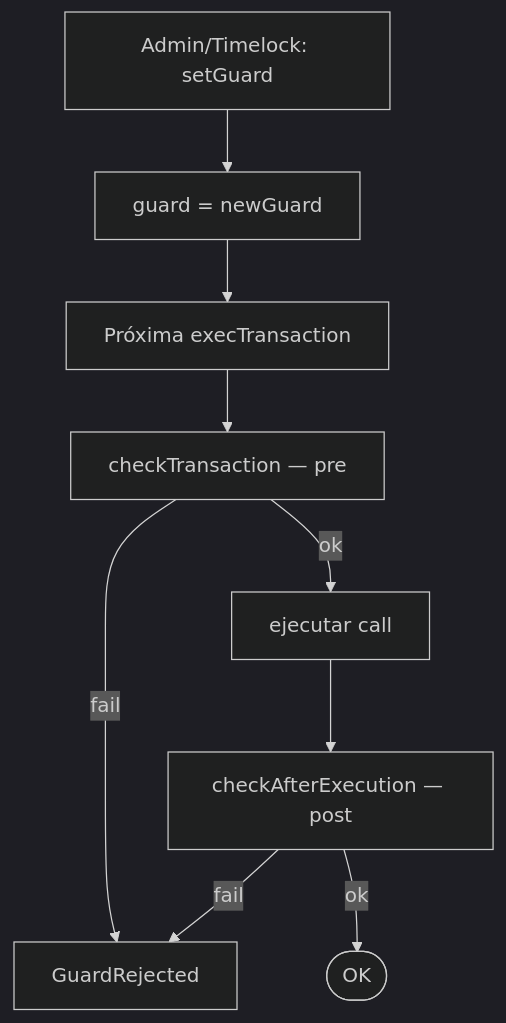
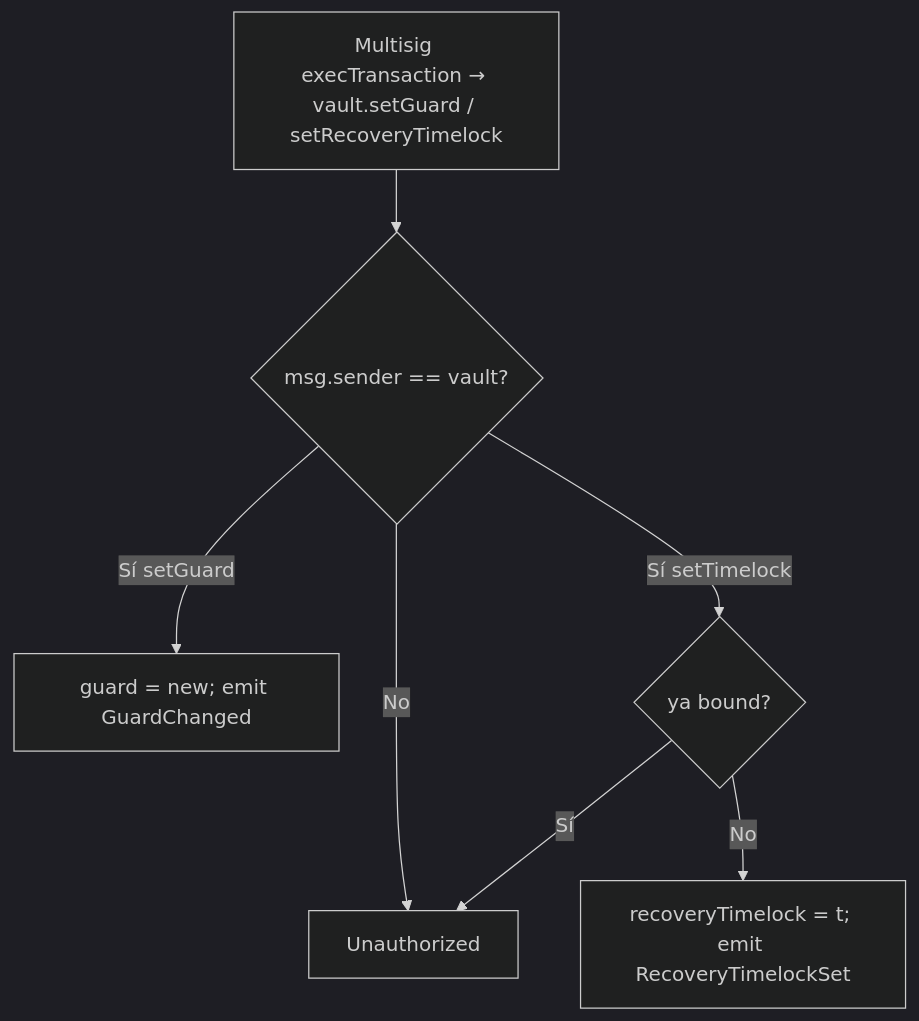
Before and after one commit to rastrahm/institutional-custody-mpc: the fifth of 6 diagrams in doc/diagrama-de-flujo.md, drawn with Mermaid (dark theme). The commit also changed other lines of this file and 12 other files, not shown here.

````diff
--- a/doc/diagrama-de-flujo.md
+++ b/doc/diagrama-de-flujo.md
@@ -110,11 +104,9 @@
 ```mermaid
 flowchart TD
-    A[Admin/Timelock: setGuard] --> B[guard = newGuard]
-    B --> C[Próxima execTransaction]
-    C --> D[checkTransaction — pre]
-    D -->|fail| Z[GuardRejected]
-    D -->|ok| E[ejecutar call]
-    E --> F[checkAfterExecution — post]
-    F -->|fail| Z
-    F -->|ok| Ok([OK])
+    A[Multisig execTransaction → vault.setGuard / setRecoveryTimelock] --> B{msg.sender == vault?}
+    B -->|No| Z[Unauthorized]
+    B -->|Sí setGuard| C[guard = new; emit GuardChanged]
+    B -->|Sí setTimelock| D{ya bound?}
+    D -->|Sí| Z
+    D -->|No| E[recoveryTimelock = t; emit RecoveryTimelockSet]
 ```
````
